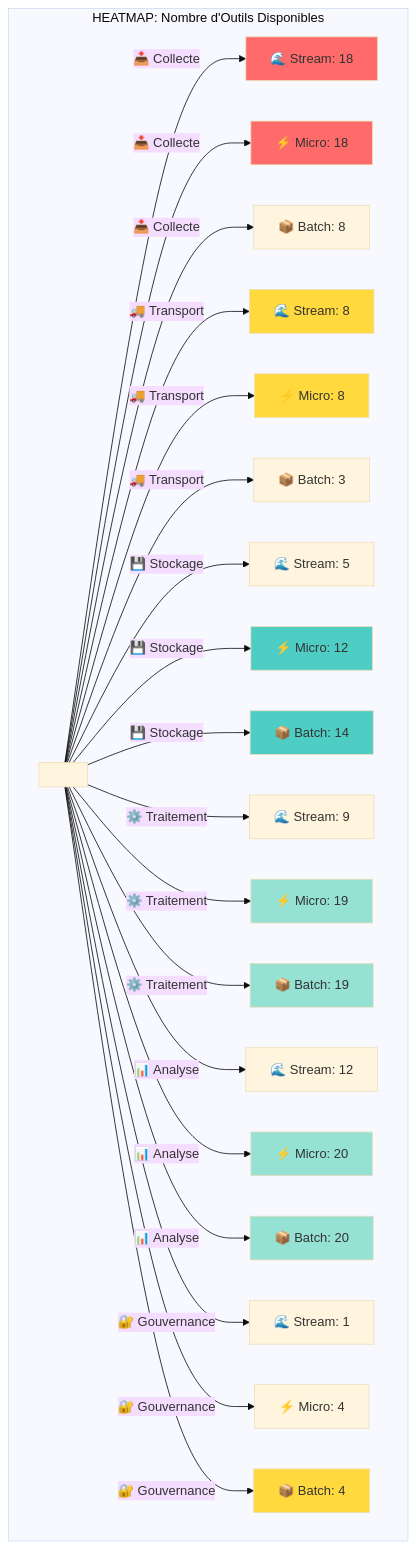
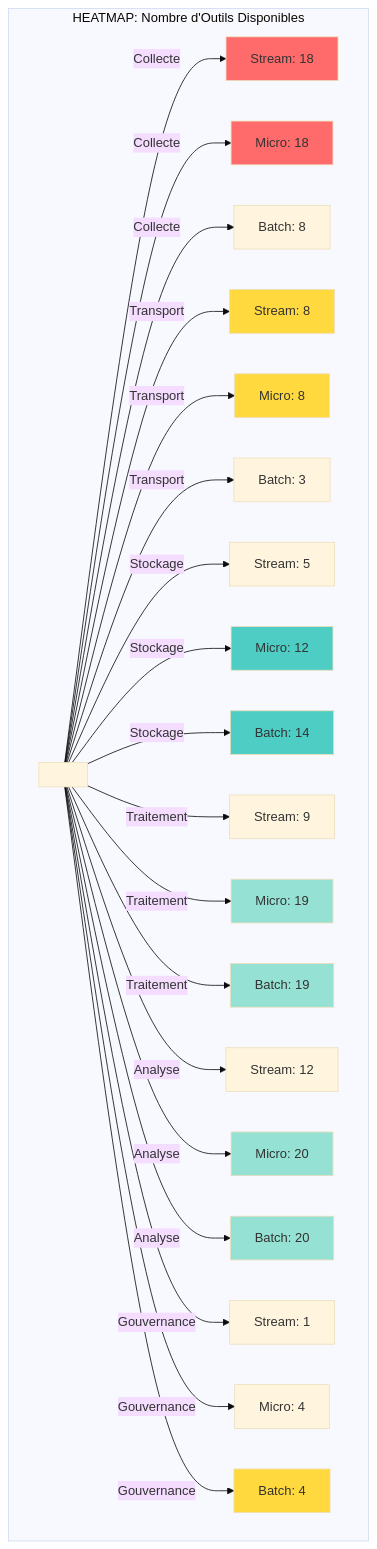
One commit to olexya/oss-data-tools-landscape changed the first of 6 diagrams in 08.visualisations_classification.md. Above: the diagram before and after it, drawn with Mermaid. The commit also changed other lines of this file and 33 other files, not shown here.

First line of the commit message:
Expand catalogue to 261 OSS tools; add licenses, interactive site, dynamic diagram

````diff
--- a/08.visualisations_classification.md
+++ b/08.visualisations_classification.md
@@ -24,41 +31,41 @@
 ```mermaid
 %%{init: {'theme':'base'}}%%
 graph TD
     subgraph "HEATMAP: Nombre d'Outils Disponibles"
-        A[" "] -->|"📥 Collecte"| B1["🌊 Stream: 18"]
-        A -->|"📥 Collecte"| B2["⚡ Micro: 18"]
-        A -->|"📥 Collecte"| B3["📦 Batch: 8"]
+        A[" "] -->|" Collecte"| B1[" Stream: 18"]
+        A -->|" Collecte"| B2[" Micro: 18"]
+        A -->|" Collecte"| B3[" Batch: 8"]
 
-        A -->|"🚚 Transport"| C1["🌊 Stream: 8"]
-        A -->|"🚚 Transport"| C2["⚡ Micro: 8"]
-        A -->|"🚚 Transport"| C3["📦 Batch: 3"]
+        A -->|" Transport"| C1[" Stream: 8"]
+        A -->|" Transport"| C2[" Micro: 8"]
+        A -->|" Transport"| C3[" Batch: 3"]
 
-        A -->|"💾 Stockage"| D1["🌊 Stream: 5"]
-        A -->|"💾 Stockage"| D2["⚡ Micro: 12"]
-        A -->|"💾 Stockage"| D3["📦 Batch: 14"]
+        A -->|" Stockage"| D1[" Stream: 5"]
+        A -->|" Stockage"| D2[" Micro: 12"]
+        A -->|" Stockage"| D3[" Batch: 14"]
 
-        A -->|"⚙️ Traitement"| E1["🌊 Stream: 9"]
-        A -->|"⚙️ Traitement"| E2["⚡ Micro: 19"]
-        A -->|"⚙️ Traitement"| E3["📦 Batch: 19"]
+        A -->|" Traitement"| E1[" Stream: 9"]
+        A -->|" Traitement"| E2[" Micro: 19"]
+        A -->|" Traitement"| E3[" Batch: 19"]
 
-        A -->|"📊 Analyse"| F1["🌊 Stream: 12"]
-        A -->|"📊 Analyse"| F2["⚡ Micro: 20"]
-        A -->|"📊 Analyse"| F3["📦 Batch: 20"]
+        A -->|" Analyse"| F1[" Stream: 12"]
+        A -->|" Analyse"| F2[" Micro: 20"]
+        A -->|" Analyse"| F3[" Batch: 20"]
 
-        A -->|"🔐 Gouvernance"| G1["🌊 Stream: 1"]
-        A -->|"🔐 Gouvernance"| G2["⚡ Micro: 4"]
-        A -->|"🔐 Gouvernance"| G3["📦 Batch: 4"]
+        A -->|" Gouvernance"| G1[" Stream: 1"]
+        A -->|" Gouvernance"| G2[" Micro: 4"]
+        A -->|" Gouvernance"| G3[" Batch: 4"]
     end
 
     style B1 fill:#ff6b6b
     style B2 fill:#ff6b6b
     style C1 fill:#ffd93d
     style C2 fill:#ffd93d
     style D2 fill:#4ecdc4
     style D3 fill:#4ecdc4
     style E2 fill:#95e1d3
     style E3 fill:#95e1d3
     style F2 fill:#95e1d3
     style F3 fill:#95e1d3
     style G3 fill:#ffd93d
 ```
````
